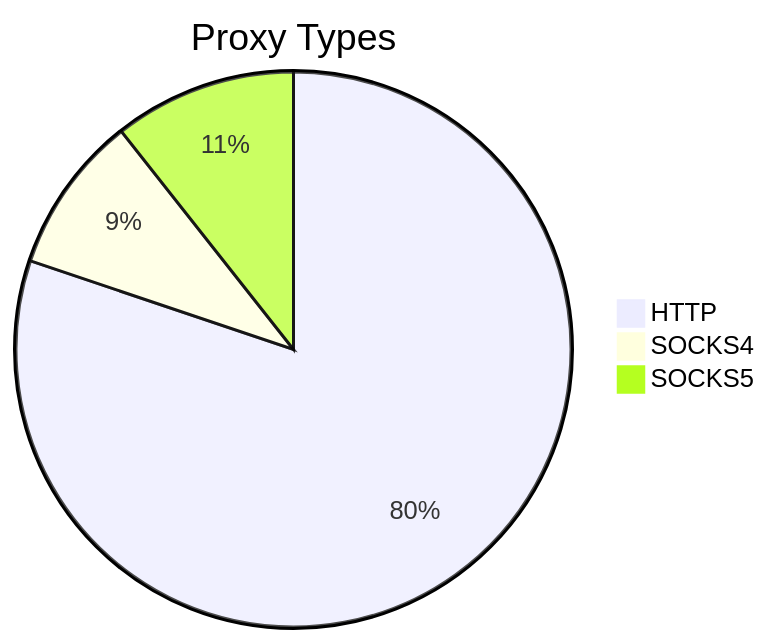
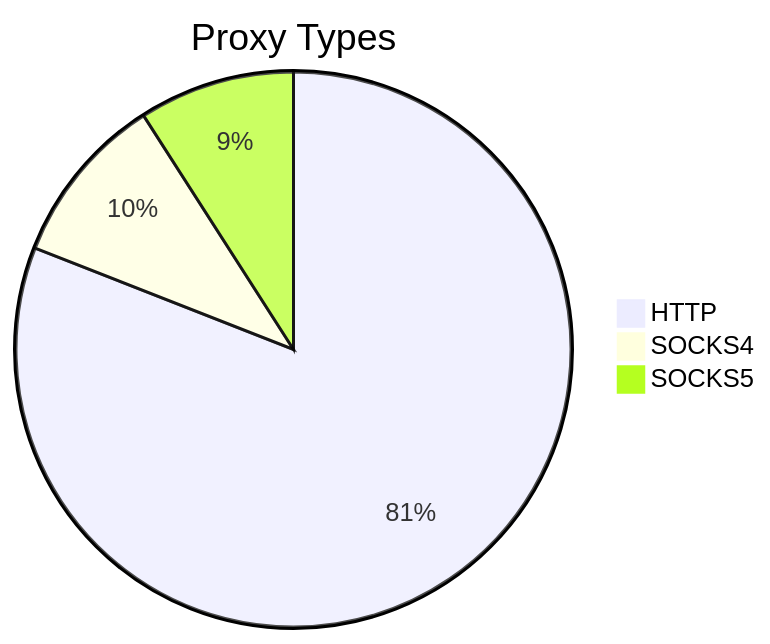
The first of 2 diagrams in README.md (stormsia/proxy-list), drawn with Mermaid before and after one commit. The commit also changed other lines of this file, not shown here.

````diff
--- a/README.md
+++ b/README.md
@@ -21,6 +21,6 @@
 ```mermaid
 pie title Proxy Types
-    "HTTP" : 279
-    "SOCKS4" : 32
-    "SOCKS5" : 37
+    "HTTP" : 357
+    "SOCKS4" : 44
+    "SOCKS5" : 40
 ```
````
